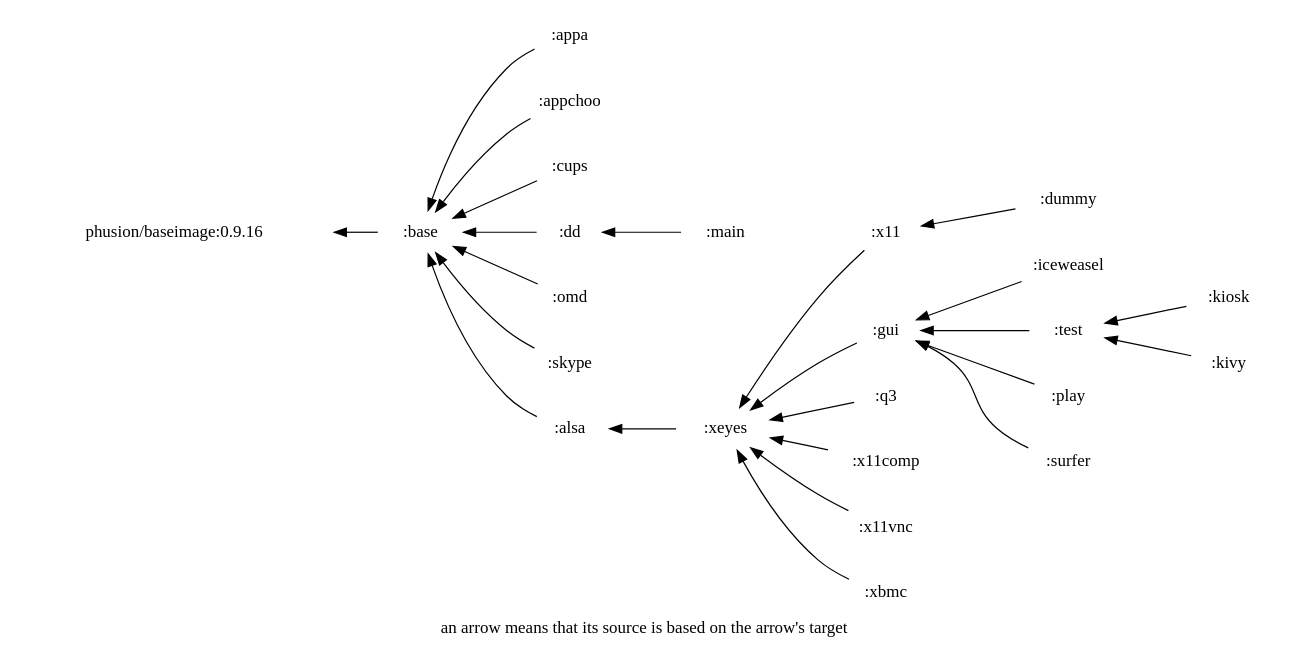
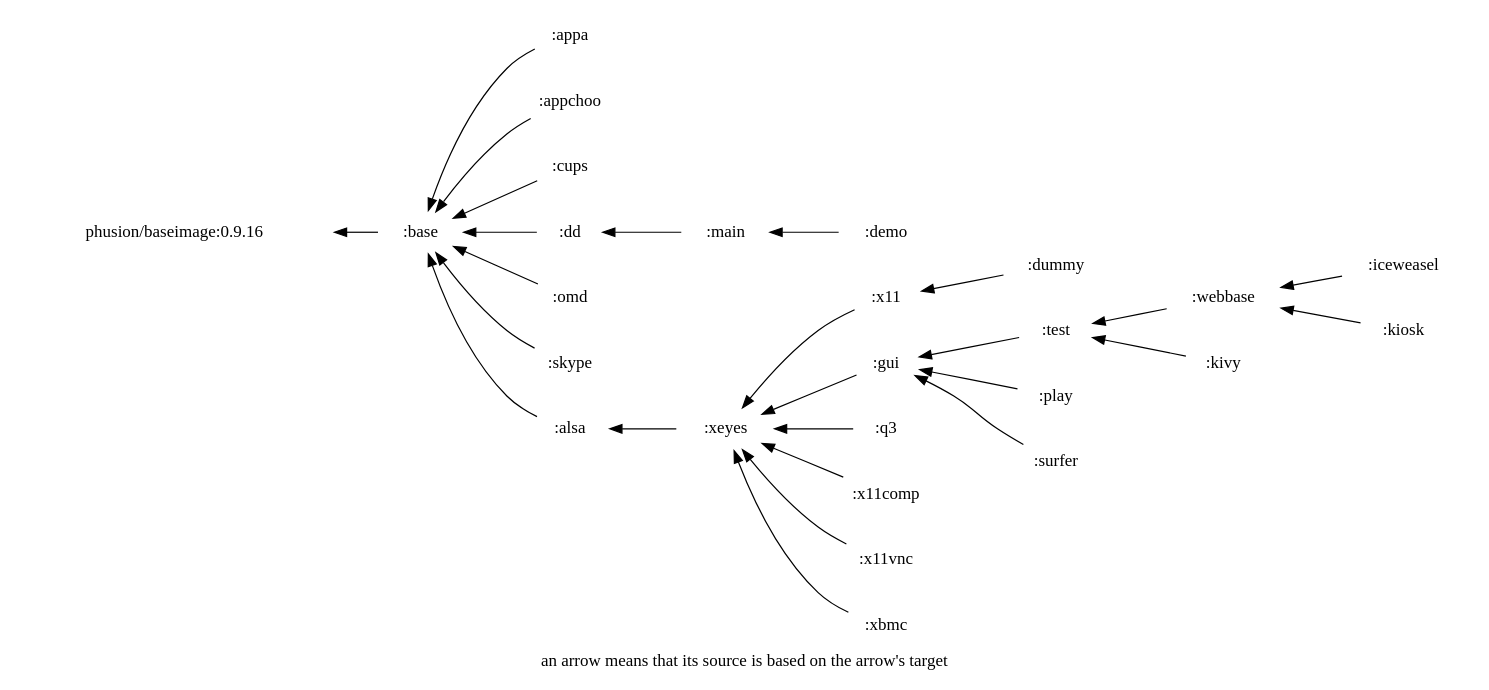
Before and after one commit to hilbert/hilbert-docker-images: the diagram in deps.dot, drawn with Graphviz. The commit also changed 6 other files, not shown here.

```diff
--- a/deps.dot
+++ b/deps.dot
@@ -1,25 +1,27 @@
 digraph deps{ graph [label="an arrow means that its source is based on the arrow's target", labelloc=b]; node [color=white]; rankdir = RL;
 ":alsa" -> ":base" ;
 ":appa" -> ":base" ;
 ":appchoo" -> ":base" ;
 ":base" -> "phusion/baseimage:0.9.16" ;
 ":cups" -> ":base" ;
 ":dd" -> ":base" ;
+":demo" -> ":main" ;
 ":dummy" -> ":x11" ;
 ":gui" -> ":xeyes" ;
-":iceweasel" -> ":gui" ;
-":kiosk" -> ":test" ;
+":iceweasel" -> ":webbase" ;
+":kiosk" -> ":webbase" ;
 ":kivy" -> ":test" ;
 ":main" -> ":dd" ;
 ":omd" -> ":base" ;
 ":play" -> ":gui" ;
 ":q3" -> ":xeyes" ;
 ":skype" -> ":base" ;
 ":surfer" -> ":gui" ;
 ":test" -> ":gui" ;
+":webbase" -> ":test" ;
 ":x11" -> ":xeyes" ;
 ":x11comp" -> ":xeyes" ;
 ":x11vnc" -> ":xeyes" ;
 ":xbmc" -> ":xeyes" ;
 ":xeyes" -> ":alsa" ;
 }
```
